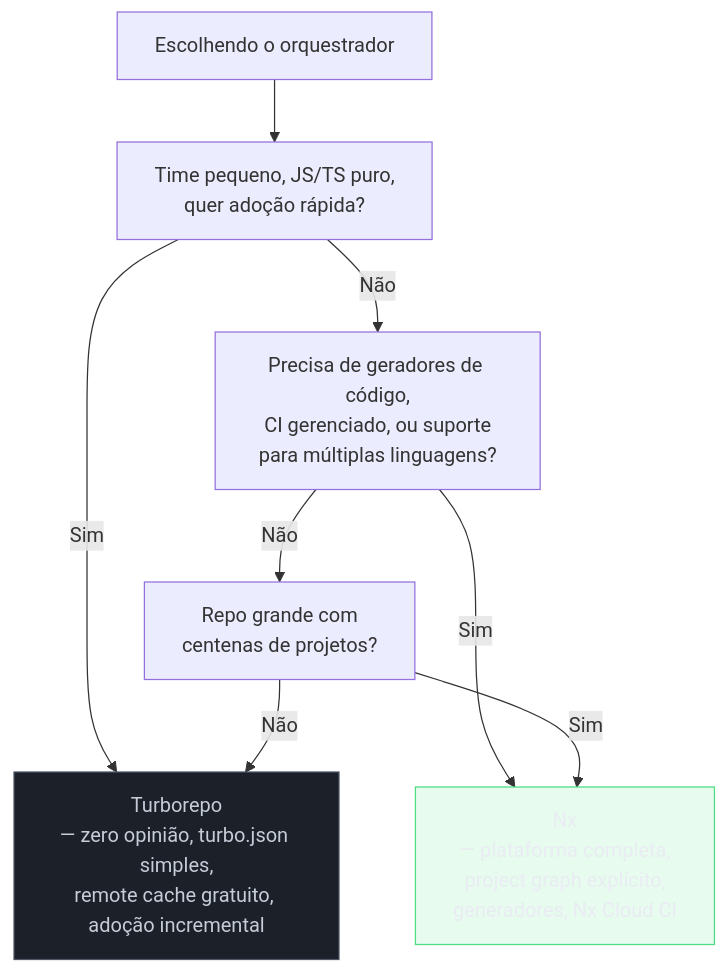
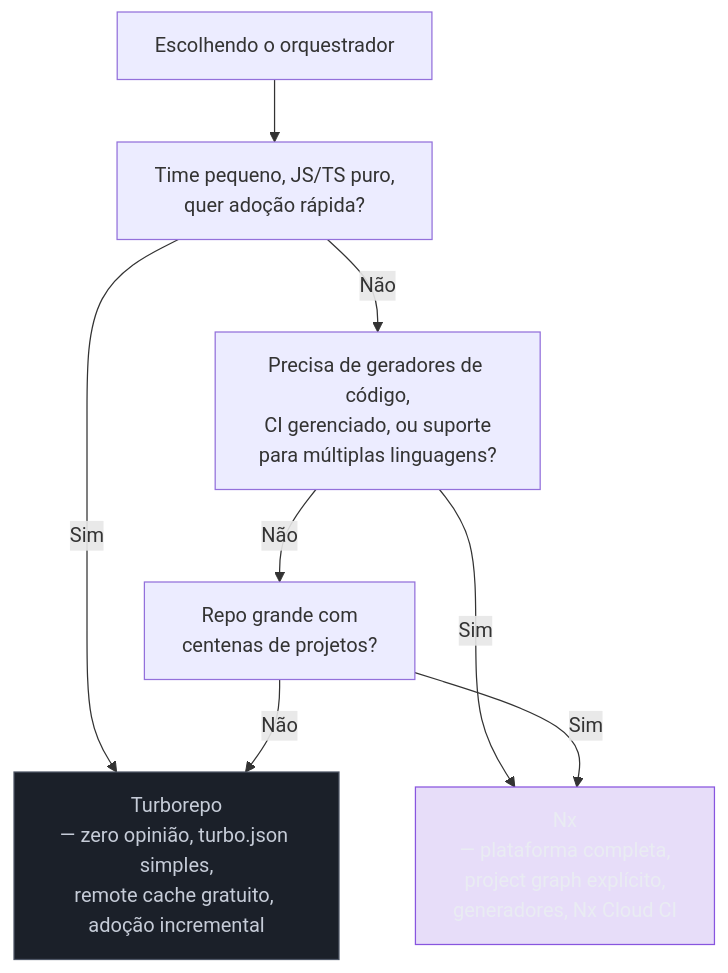
One commit to josenaldo/codex-technomanticus changed the fifth of 7 diagrams in 03-Dominios/Tecnologia/Tooling e Build/21 - Monorepos - workspaces, Turborepo, Nx e changesets.md. Above: the diagram before and after it, drawn with Mermaid. The commit also changed other lines of this file and 601 other files, not shown here.

````diff
--- a/03-Dominios/Tecnologia/Tooling e Build/21 - Monorepos - workspaces, Turborepo, Nx e changesets.md
+++ b/03-Dominios/Tecnologia/Tooling e Build/21 - Monorepos - workspaces, Turborepo, Nx e changesets.md
@@ -622,21 +623,21 @@
 ```mermaid
 graph TD
+    classDef marca fill:#8855DF33,stroke:#8855DF,color:#E9ECF2
     classDef neutro fill:#1B2029,stroke:#4E5666,color:#C6CCD8
-    classDef ok fill:#4ADE8021,stroke:#4ADE80,color:#E9ECF2
     START["Escolhendo o orquestrador"]
 
     START --> Q1["Time pequeno, JS/TS puro,\nquer adoção rápida?"]
     Q1 -->|"Sim"| TURBO["Turborepo\n— zero opinião, turbo.json simples,\nremote cache gratuito, adoção incremental"]
     Q1 -->|"Não"| Q2
 
     Q2["Precisa de geradores de código,\nCI gerenciado, ou suporte\npara múltiplas linguagens?"]
     Q2 -->|"Sim"| NX["Nx\n— plataforma completa,\nproject graph explícito,\ngeneradores, Nx Cloud CI"]
     Q2 -->|"Não"| Q3
 
     Q3["Repo grande com\ncentenas de projetos?"]
     Q3 -->|"Sim"| NX
     Q3 -->|"Não"| TURBO
 
     class TURBO neutro
-    class NX ok
+    class NX marca
 ```
````
